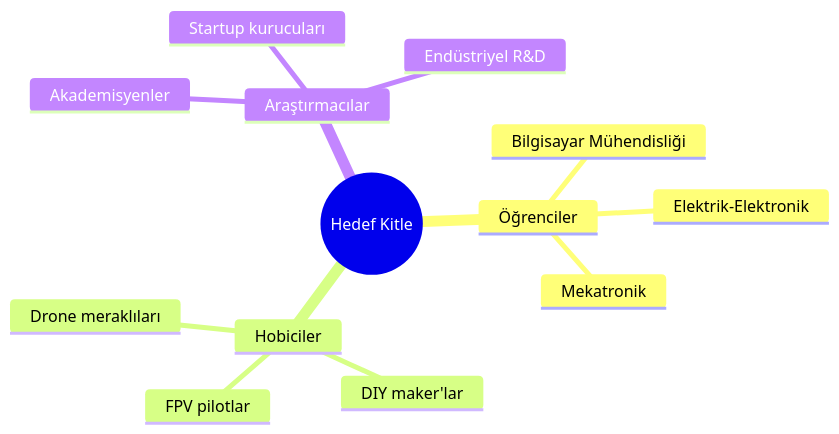
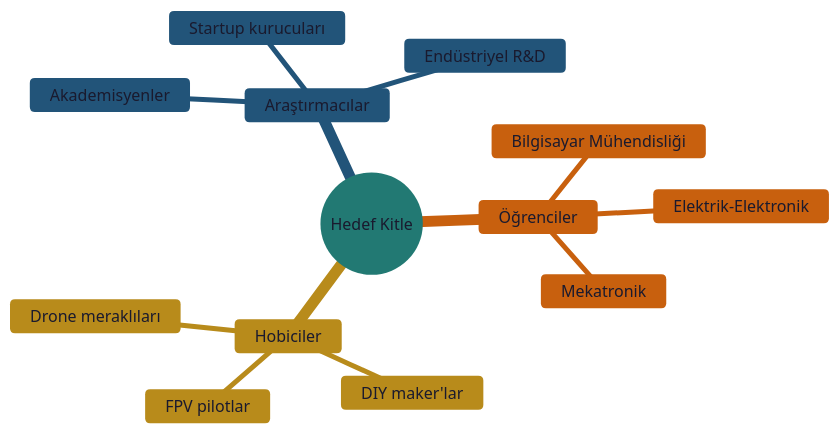
The first of 3 diagrams in AI_generated_resources/README.md (Tofiq055/Drone-Proje-Taslak), drawn with Mermaid before and after one commit.

````diff
--- a/AI_generated_resources/README.md
+++ b/AI_generated_resources/README.md
@@ -50,16 +50,17 @@
 ```mermaid
+%%{init: {'theme': 'base', 'themeVariables': { 'primaryColor': '#4ecdc4', 'primaryTextColor': '#1a1a2e', 'primaryBorderColor': '#26a69a', 'lineColor': '#a8dadc', 'secondaryColor': '#f4a261', 'tertiaryColor': '#e9c46a', 'nodeTextColor': '#1a1a2e'}}}%%
 mindmap
   root((Hedef Kitle))
     Öğrenciler
       Bilgisayar Mühendisliği
       Elektrik-Elektronik
       Mekatronik
     Hobiciler
       Drone meraklıları
       DIY maker'lar
       FPV pilotlar
     Araştırmacılar
       Akademisyenler
       Startup kurucuları
       Endüstriyel R&D
 ```
````
